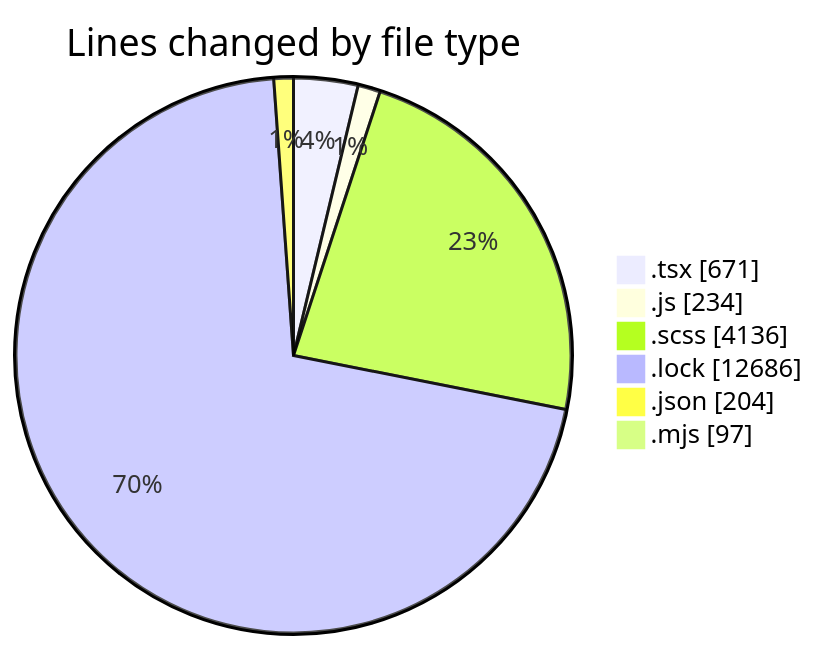
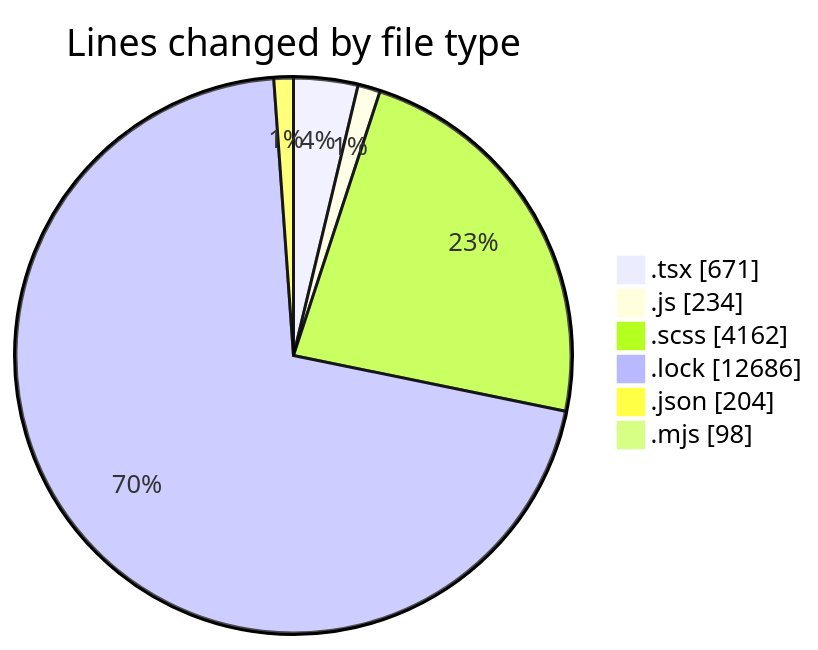
One commit to momahboobian/code-tracking changed the first of 2 diagrams in 2026-01-22/cda-web-components/README.md. Above: the diagram before and after it, drawn with Mermaid. The commit also changed other lines of this file and 1 other file, not shown here.

````diff
--- a/2026-01-22/cda-web-components/README.md
+++ b/2026-01-22/cda-web-components/README.md
@@ -59,10 +59,10 @@
 ```mermaid
 pie showData
 title Lines changed by file type
 ".tsx" : 671
 ".js" : 234
-".scss" : 4136
+".scss" : 4162
 ".lock" : 12686
 ".json" : 204
-".mjs" : 97
+".mjs" : 98
 ```
````
